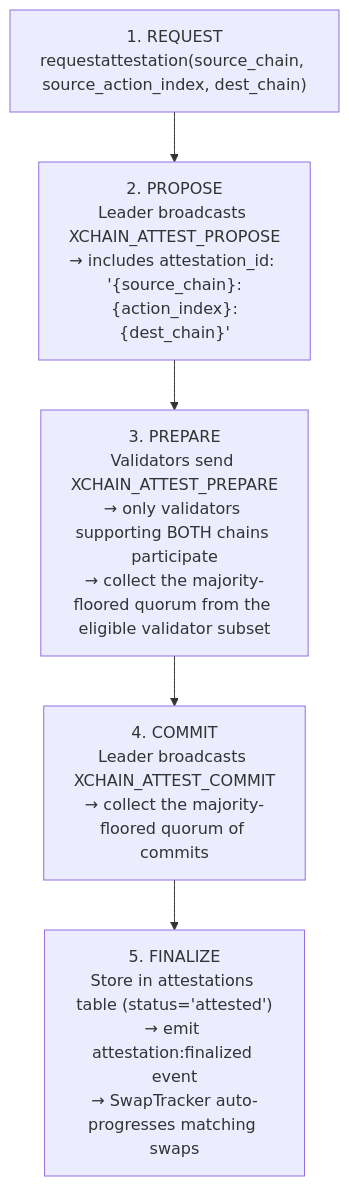
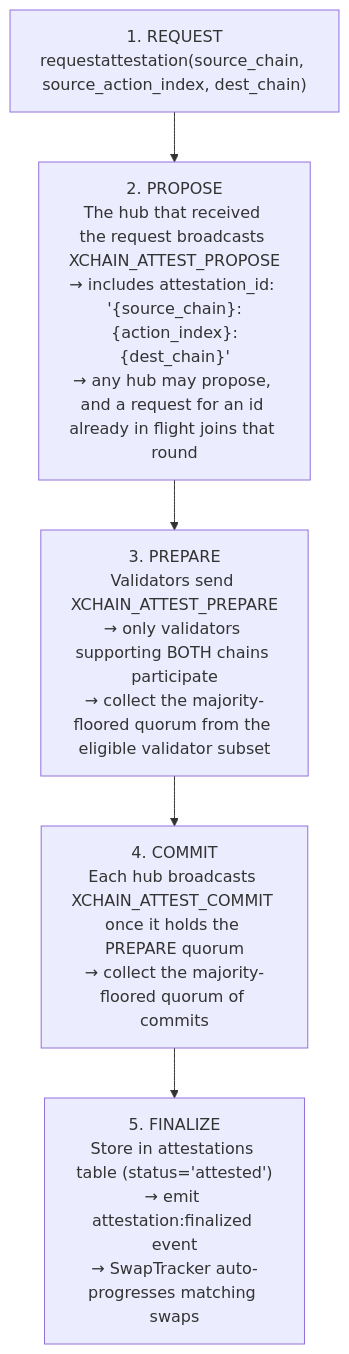
The ninth of 11 diagrams in components/hub/architecture.md (XChain-Platform/xchain-documentation), drawn with Mermaid before and after one commit. The commit also changed 44 other files, not shown here.

````diff
--- a/components/hub/architecture.md
+++ b/components/hub/architecture.md
@@ -430,10 +430,10 @@
 ```mermaid
 flowchart TD
     S1["1. REQUEST<br>requestattestation(source_chain, source_action_index, dest_chain)"]
-    S2["2. PROPOSE<br>Leader broadcasts XCHAIN_ATTEST_PROPOSE<br>→ includes attestation_id: '{source_chain}:{action_index}:{dest_chain}'"]
+    S2["2. PROPOSE<br>The hub that received the request broadcasts XCHAIN_ATTEST_PROPOSE<br>→ includes attestation_id: '{source_chain}:{action_index}:{dest_chain}'<br>→ any hub may propose, and a request for an id already in flight joins that round"]
     S3["3. PREPARE<br>Validators send XCHAIN_ATTEST_PREPARE<br>→ only validators supporting BOTH chains participate<br>→ collect the majority-floored quorum from the eligible validator subset"]
-    S4["4. COMMIT<br>Leader broadcasts XCHAIN_ATTEST_COMMIT<br>→ collect the majority-floored quorum of commits"]
+    S4["4. COMMIT<br>Each hub broadcasts XCHAIN_ATTEST_COMMIT once it holds the PREPARE quorum<br>→ collect the majority-floored quorum of commits"]
     S5["5. FINALIZE<br>Store in attestations table (status='attested')<br>→ emit attestation:finalized event<br>→ SwapTracker auto-progresses matching swaps"]
 
     S1 --> S2 --> S3 --> S4 --> S5
 ```
````
